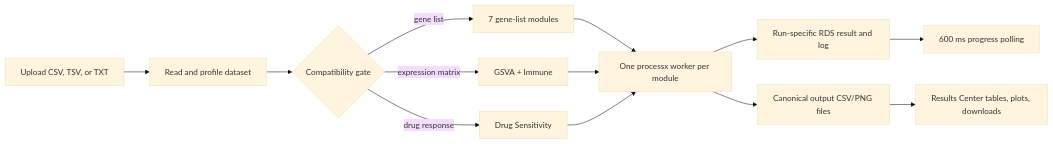
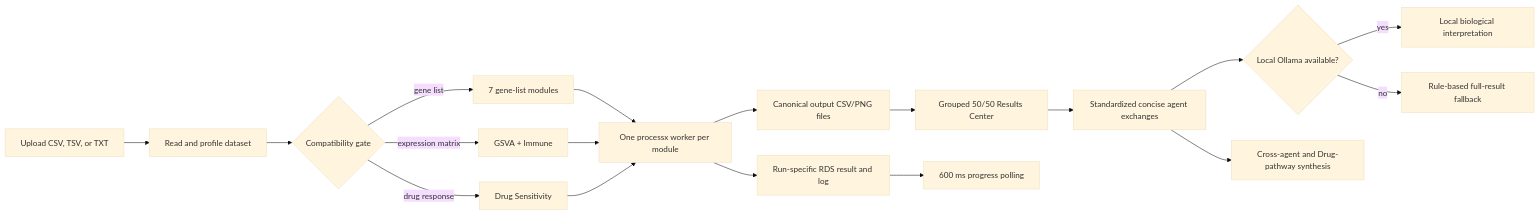
Before and after one commit to TYCGenomicsLab/OncoProfilingTools: the diagram in README.md, drawn with Mermaid (base theme). The commit also changed other lines of this file and 109 other files, not shown here.

Commit message:
Complete Results Center sprint and clean repository

````diff
--- a/README.md
+++ b/README.md
@@ -28,15 +28,20 @@
 ```mermaid
 flowchart LR
     A["Upload CSV, TSV, or TXT"] --> B["Read and profile dataset"]
     B --> C{"Compatibility gate"}
     C -->|"gene list"| D["7 gene-list modules"]
     C -->|"expression matrix"| E["GSVA + Immune"]
     C -->|"drug response"| F["Drug Sensitivity"]
     D --> G["One processx worker per module"]
     E --> G
     F --> G
     G --> H["Run-specific RDS result and log"]
     G --> I["Canonical output CSV/PNG files"]
-    I --> J["Results Center tables, plots, downloads"]
+    I --> J["Grouped 50/50 Results Center"]
     H --> K["600 ms progress polling"]
+    J --> L["Standardized concise agent exchanges"]
+    L --> M{"Local Ollama available?"}
+    M -->|"yes"| N["Local biological interpretation"]
+    M -->|"no"| O["Rule-based full-result fallback"]
+    L --> P["Cross-agent and Drug-pathway synthesis"]
 ```
````
